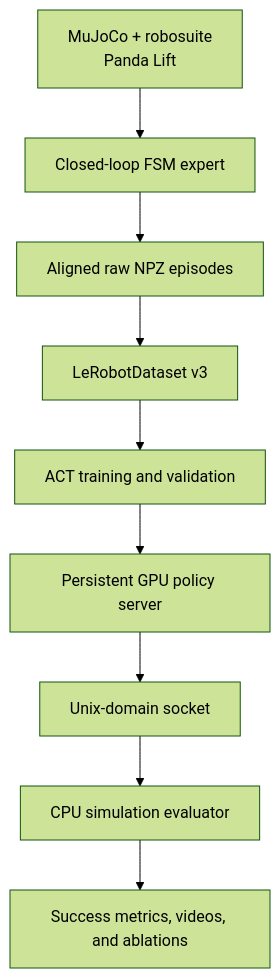
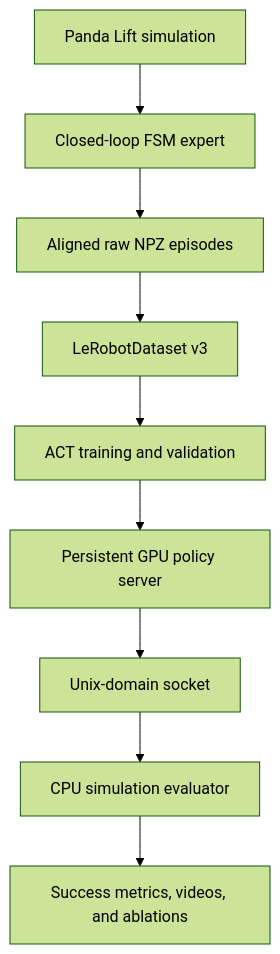
Before and after one commit to ZhuWeiwen315/lerobot-mujoco-imitation: the diagram in README.md, drawn with Mermaid (forest theme).

Commit message:
docs: fix Mermaid architecture rendering

````diff
--- a/README.md
+++ b/README.md
@@ -32,11 +32,11 @@
 ```mermaid
 flowchart TD
-    A["MuJoCo + robosuite<br/>Panda Lift"] --> B["Closed-loop FSM expert"]
+    A["Panda Lift simulation"] --> B["Closed-loop FSM expert"]
     B --> C["Aligned raw NPZ episodes"]
     C --> D["LeRobotDataset v3"]
     D --> E["ACT training and validation"]
     E --> F["Persistent GPU policy server"]
     F --> G["Unix-domain socket"]
     G --> H["CPU simulation evaluator"]
     H --> I["Success metrics, videos, and ablations"]
 ```
````
